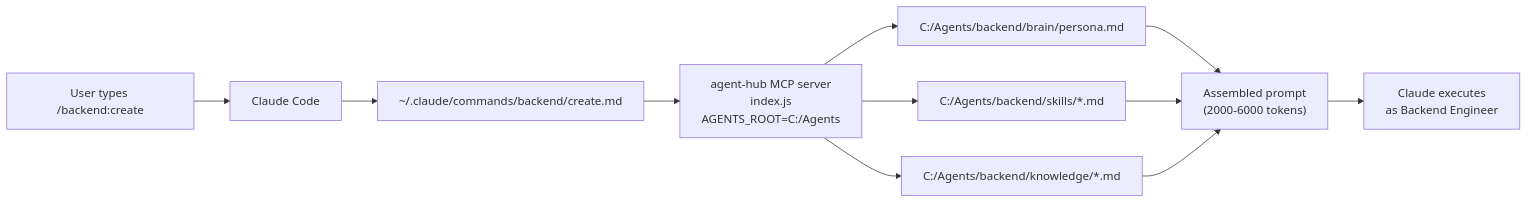
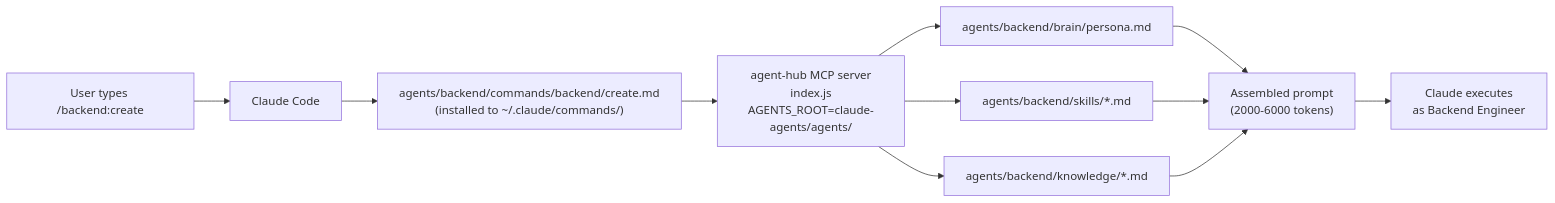
Before and after one commit to BrunoDesenv/claude-agents: the first of 2 diagrams in agents/README.md, drawn with Mermaid. The commit also changed other lines of this file and 2 other files, not shown here.

Commit message:
docs: update documentation to reflect new single-folder-per-agent structure
- Remove all references to old claude/ folder
- Update structure diagrams to show agents/[agent]/_claude.md and commands/[ns]/*.md
- Fix C:\Agents\ path references to use CLAUDE_AGENTS_REPO env var
- Update CONTRIBUTING.md: adding new agents now uses _claude.md + commands/ inside agents/

````diff
--- a/agents/README.md
+++ b/agents/README.md
@@ -46,11 +46,11 @@
 ```mermaid
 graph LR
     User["User types /backend:create"] --> CC["Claude Code"]
-    CC --> CMD["~/.claude/commands/backend/create.md"]
-    CMD --> MCP["agent-hub MCP server\nindex.js\nAGENTS_ROOT=C:/Agents"]
-    MCP --> PERSONA["C:/Agents/backend/brain/persona.md"]
-    MCP --> SKILLS["C:/Agents/backend/skills/*.md"]
-    MCP --> KNOW["C:/Agents/backend/knowledge/*.md"]
+    CC --> CMD["agents/backend/commands/backend/create.md\n(installed to ~/.claude/commands/)"]
+    CMD --> MCP["agent-hub MCP server\nindex.js\nAGENTS_ROOT=claude-agents/agents/"]
+    MCP --> PERSONA["agents/backend/brain/persona.md"]
+    MCP --> SKILLS["agents/backend/skills/*.md"]
+    MCP --> KNOW["agents/backend/knowledge/*.md"]
     PERSONA & SKILLS & KNOW --> PROMPT["Assembled prompt\n(2000-6000 tokens)"]
     PROMPT --> Claude["Claude executes\nas Backend Engineer"]
 ```
````
